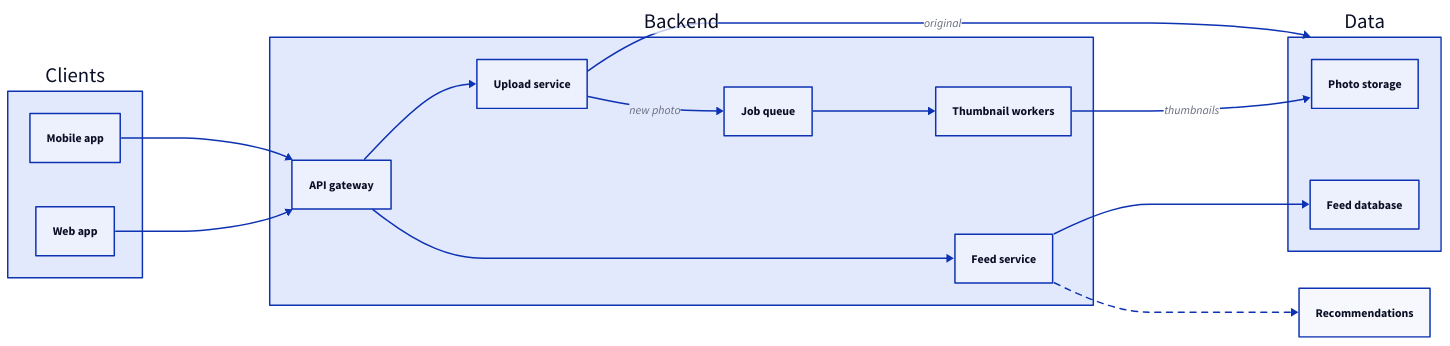
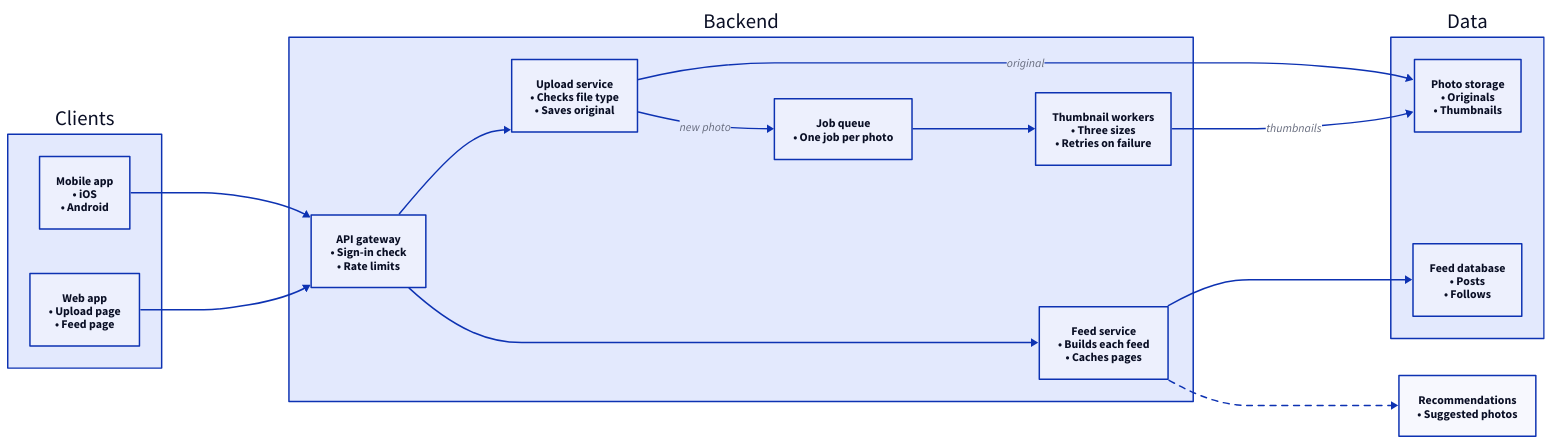
Before and after one commit to Orrae-Labs/open-diagram-rs: the diagram in docs/compare/photo-upload.d2, drawn with D2. The commit also changed 10 other files, not shown here.

First line of the commit message:
Comparison: one or two items inside every box, and how long each picture took

```diff
--- a/docs/compare/photo-upload.d2
+++ b/docs/compare/photo-upload.d2
@@ -1,27 +1,27 @@
 direction: right
 Clients: {
-  mobile: Mobile app
-  web: Web app
+  mobile: "Mobile app\n• iOS\n• Android"
+  web: "Web app\n• Upload page\n• Feed page"
 }
 Backend: {
-  gateway: API gateway
-  upload: Upload service
-  feed: Feed service
-  queue: Job queue
-  workers: Thumbnail workers
+  gateway: "API gateway\n• Sign-in check\n• Rate limits"
+  upload: "Upload service\n• Checks file type\n• Saves original"
+  feed: "Feed service\n• Builds each feed\n• Caches pages"
+  queue: "Job queue\n• One job per photo"
+  workers: "Thumbnail workers\n• Three sizes\n• Retries on failure"
 }
 Data: {
-  storage: Photo storage
-  db: Feed database
+  storage: "Photo storage\n• Originals\n• Thumbnails"
+  db: "Feed database\n• Posts\n• Follows"
 }
-recs: Recommendations
+recs: "Recommendations\n• Suggested photos"
 Clients.mobile -> Backend.gateway
 Clients.web -> Backend.gateway
 Backend.gateway -> Backend.upload
 Backend.gateway -> Backend.feed
 Backend.upload -> Data.storage: original
 Backend.upload -> Backend.queue: new photo
 Backend.queue -> Backend.workers
 Backend.workers -> Data.storage: thumbnails
 Backend.feed -> Data.db
 Backend.feed -> recs: {style.stroke-dash: 4}
```
